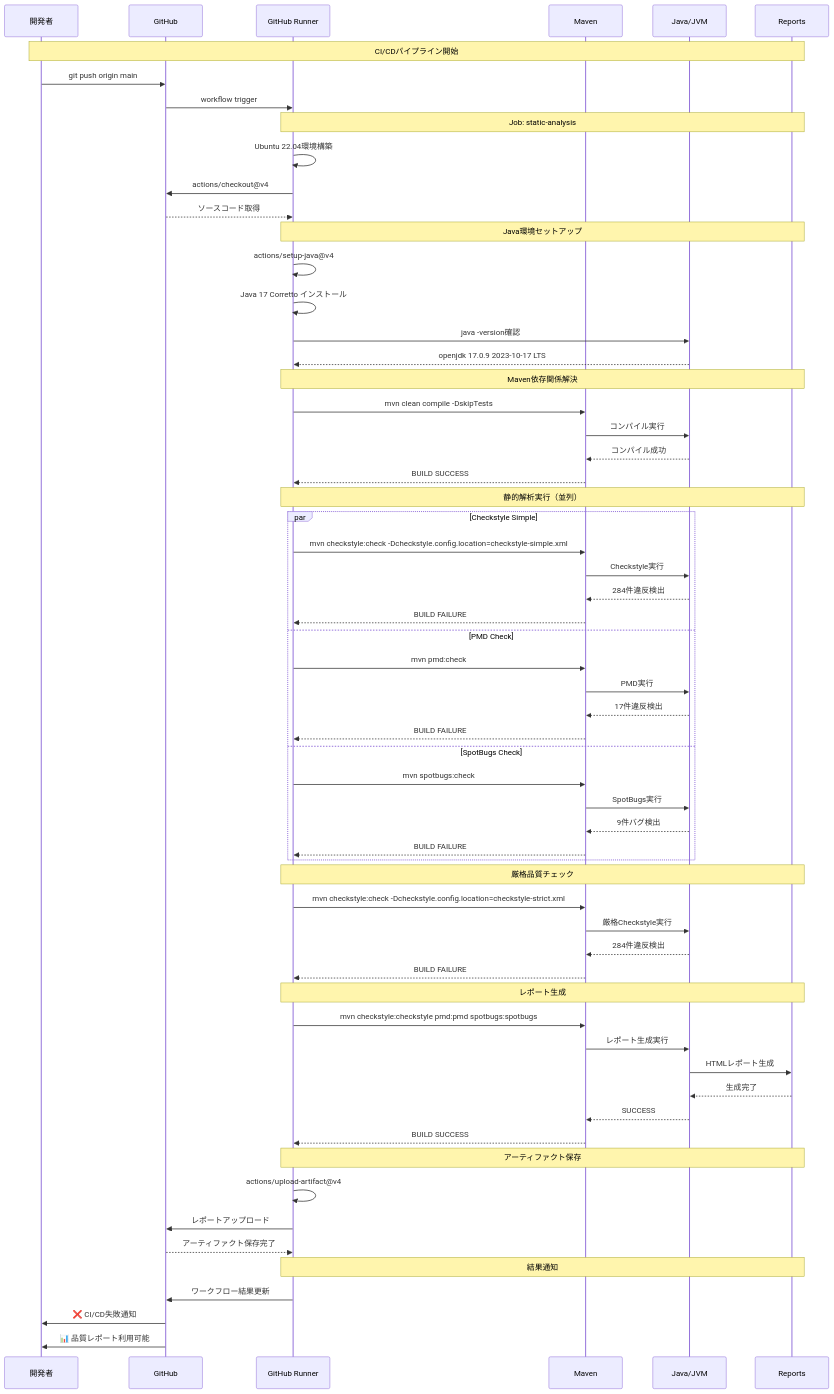
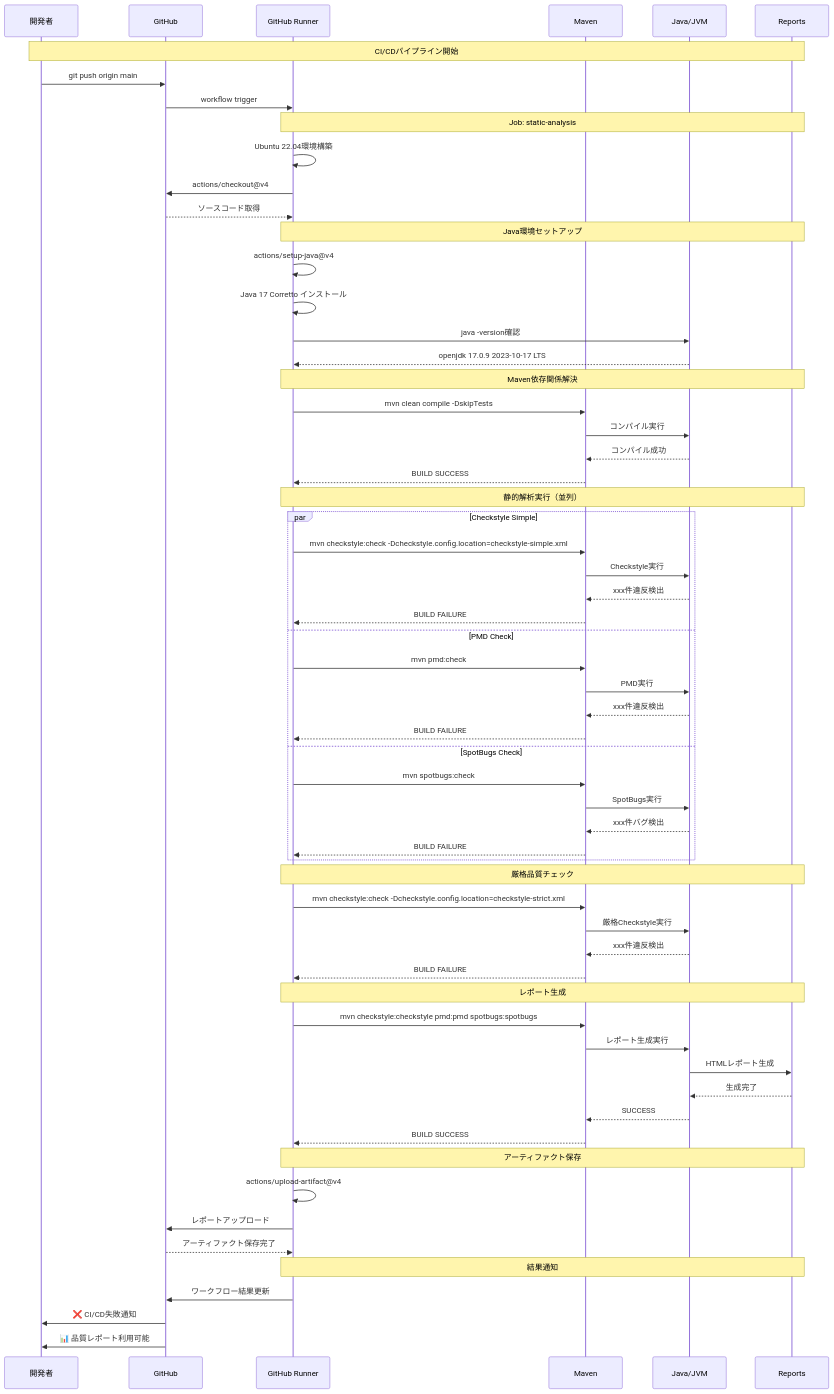
One commit to digital-ojt/development-webCourse-DroneInventorySystem changed the tenth of 13 diagrams in scripts/STATIC_ANALYSIS_SEQUENCE_DIAGRAM.md. Above: the diagram before and after it, drawn with Mermaid. The commit also changed other lines of this file and 1 other file, not shown here.

Commit message:
シーケンス図の更新

````diff
--- a/scripts/STATIC_ANALYSIS_SEQUENCE_DIAGRAM.md
+++ b/scripts/STATIC_ANALYSIS_SEQUENCE_DIAGRAM.md
@@ -515,72 +813,72 @@
 ```mermaid
 sequenceDiagram
     participant Dev as 開発者
     participant GitHub as GitHub
     participant Runner as GitHub Runner
     participant Maven as Maven
     participant Java as Java/JVM
     participant Reports as Reports
     
     Note over Dev, Reports: CI/CDパイプライン開始
     Dev->>GitHub: git push origin main
     GitHub->>Runner: workflow trigger
     
     Note over Runner, Reports: Job: static-analysis
     Runner->>Runner: Ubuntu 22.04環境構築
     Runner->>GitHub: actions/checkout@v4
     GitHub-->>Runner: ソースコード取得
     
     Note over Runner, Reports: Java環境セットアップ
     Runner->>Runner: actions/setup-java@v4
     Runner->>Runner: Java 17 Corretto インストール
     Runner->>Java: java -version確認
     Java-->>Runner: openjdk 17.0.9 2023-10-17 LTS
     
     Note over Runner, Reports: Maven依存関係解決
     Runner->>Maven: mvn clean compile -DskipTests
     Maven->>Java: コンパイル実行
     Java-->>Maven: コンパイル成功
     Maven-->>Runner: BUILD SUCCESS
     
     Note over Runner, Reports: 静的解析実行（並列）
     par Checkstyle Simple
         Runner->>Maven: mvn checkstyle:check -Dcheckstyle.config.location=checkstyle-simple.xml
         Maven->>Java: Checkstyle実行
-        Java-->>Maven: 284件違反検出
+        Java-->>Maven: xxx件違反検出
         Maven-->>Runner: BUILD FAILURE
     and PMD Check
         Runner->>Maven: mvn pmd:check
         Maven->>Java: PMD実行
-        Java-->>Maven: 17件違反検出
+        Java-->>Maven: xxx件違反検出
         Maven-->>Runner: BUILD FAILURE
     and SpotBugs Check
         Runner->>Maven: mvn spotbugs:check
         Maven->>Java: SpotBugs実行
-        Java-->>Maven: 9件バグ検出
+        Java-->>Maven: xxx件バグ検出
         Maven-->>Runner: BUILD FAILURE
     end
     
     Note over Runner, Reports: 厳格品質チェック
     Runner->>Maven: mvn checkstyle:check -Dcheckstyle.config.location=checkstyle-strict.xml
     Maven->>Java: 厳格Checkstyle実行
-    Java-->>Maven: 284件違反検出
+    Java-->>Maven: xxx件違反検出
     Maven-->>Runner: BUILD FAILURE
     
     Note over Runner, Reports: レポート生成
     Runner->>Maven: mvn checkstyle:checkstyle pmd:pmd spotbugs:spotbugs
     Maven->>Java: レポート生成実行
     Java->>Reports: HTMLレポート生成
     Reports-->>Java: 生成完了
     Java-->>Maven: SUCCESS
     Maven-->>Runner: BUILD SUCCESS
     
     Note over Runner, Reports: アーティファクト保存
     Runner->>Runner: actions/upload-artifact@v4
     Runner->>GitHub: レポートアップロード
     GitHub-->>Runner: アーティファクト保存完了
     
     Note over Runner, Reports: 結果通知
     Runner->>GitHub: ワークフロー結果更新
     GitHub->>Dev: ❌ CI/CD失敗通知
     GitHub->>Dev: 📊 品質レポート利用可能
 ```
````
